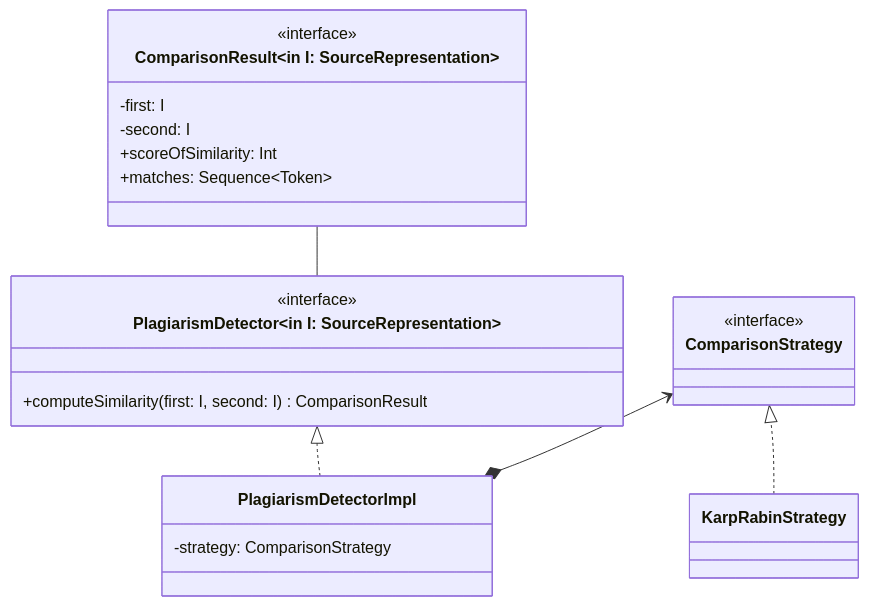
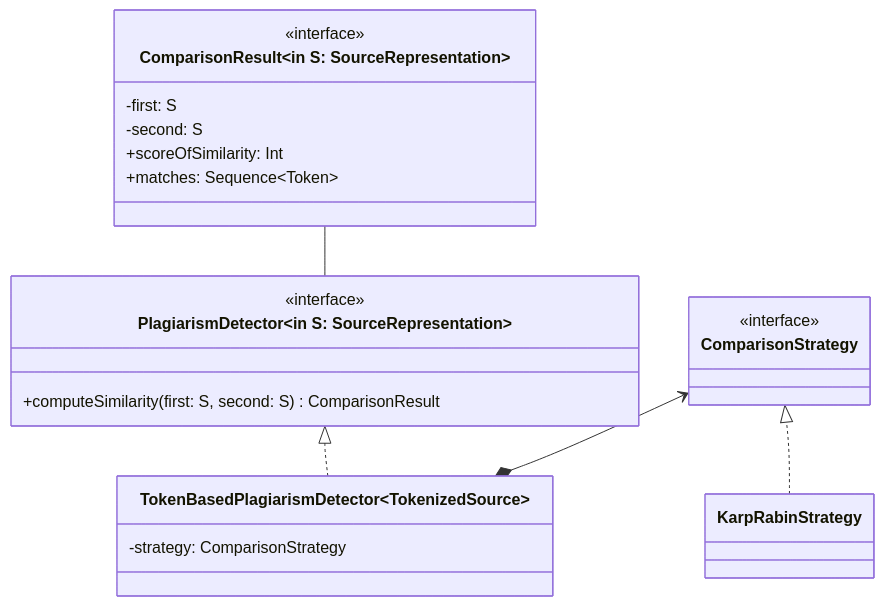
One commit to tassiLuca/code-plagiarism-detector-doc changed the tenth of 12 diagrams in doc.md. Above: the diagram before and after it, drawn with Mermaid. The commit also changed other lines of this file, not shown here.

Commit message:
improvements

````diff
--- a/doc.md
+++ b/doc.md
@@ -380,30 +380,30 @@
 ```mermaid 
 classDiagram
     direction BT
-    class PlagiarismDetector~in I: SourceRepresentation~ {
+    class PlagiarismDetector~in S: SourceRepresentation~ {
         <<interface>>
-        +computeSimilarity(first: I, second: I) ComparisonResult
+        +computeSimilarity(first: S, second: S) ComparisonResult
     }
 
-    class ComparisonResult~in I: SourceRepresentation~ {
+    class ComparisonResult~in S: SourceRepresentation~ {
         <<interface>>
-        -first: I
-        -second: I
+        -first: S
+        -second: S
         +scoreOfSimilarity: Int
         +matches: Sequence~Token~
     }
     PlagiarismDetector -- ComparisonResult
 
-    class PlagiarismDetectorImpl {
+    class TokenBasedPlagiarismDetector~TokenizedSource~ {
         -strategy: ComparisonStrategy
     }
-    PlagiarismDetectorImpl ..|> PlagiarismDetector
+    TokenBasedPlagiarismDetector ..|> PlagiarismDetector
 
     class ComparisonStrategy {
         <<interface>>
     }
-    PlagiarismDetectorImpl *--> ComparisonStrategy
+    TokenBasedPlagiarismDetector *--> ComparisonStrategy
 
     class KarpRabinStrategy 
     KarpRabinStrategy ..|> ComparisonStrategy
 ```
````
